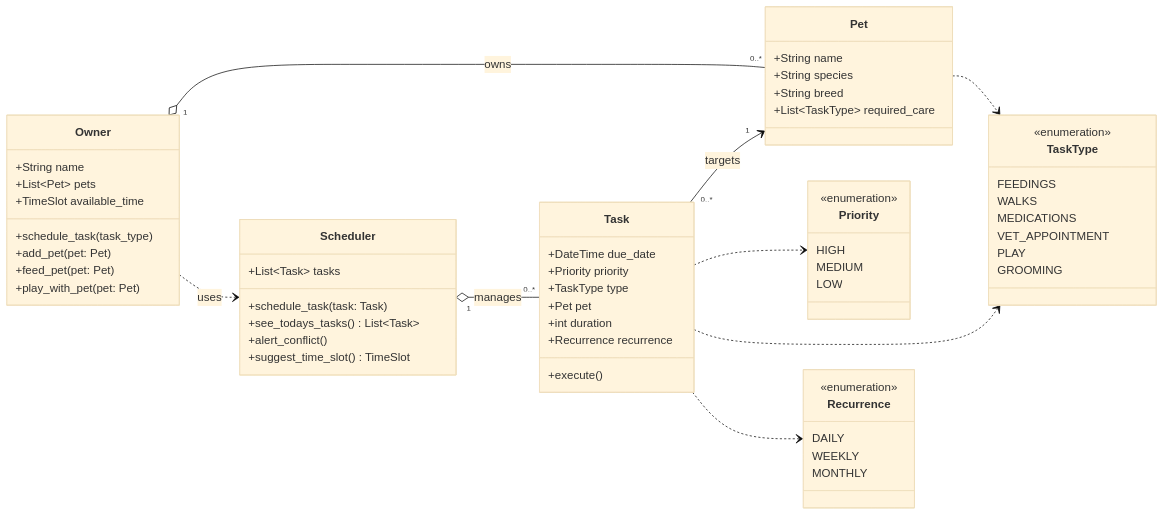
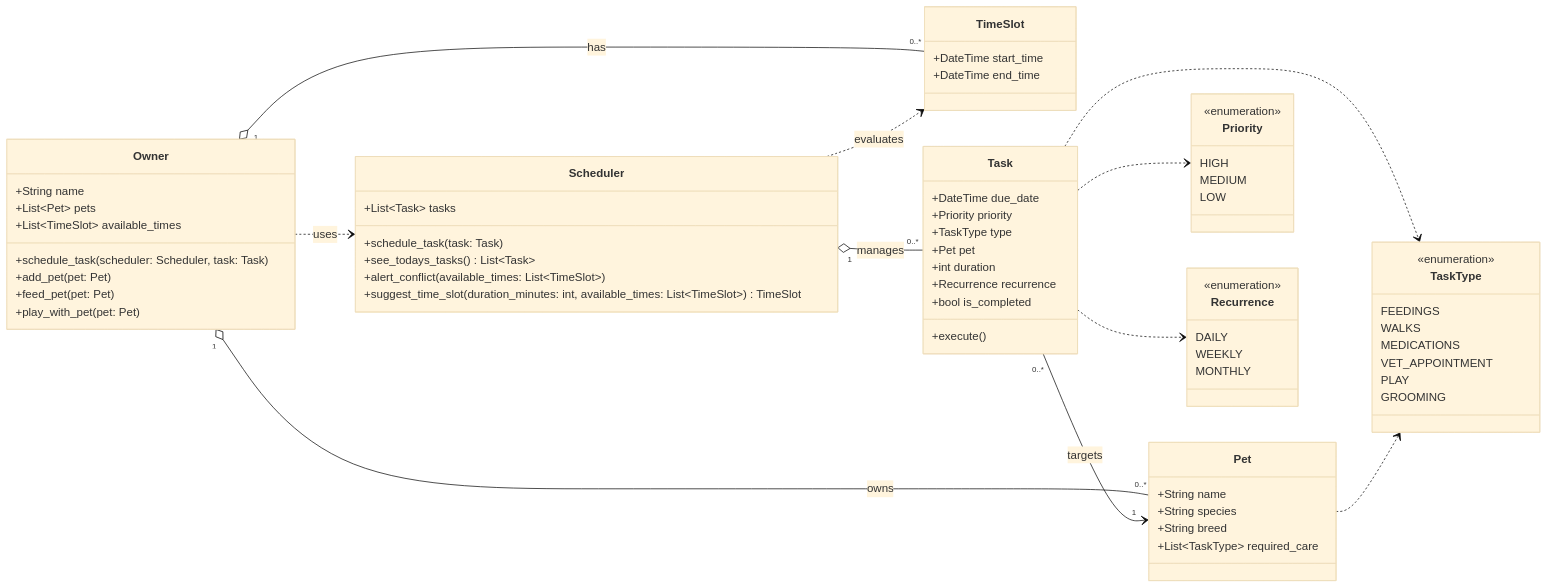
One commit to SquidWiggle/ai110-module2show-pawpal-starter changed the diagram in diagrams/uml.mmd. Above: the diagram before and after it, drawn with Mermaid (base theme). The commit also changed 2 other files, not shown here.

````diff
--- a/diagrams/uml.mmd
+++ b/diagrams/uml.mmd
@@ -1,71 +1,78 @@
 classDiagram
     direction LR
+
+    class TimeSlot {
+        +DateTime start_time
+        +DateTime end_time
+    }
 
     class Owner {
         +String name
         +List~Pet~ pets
-        +TimeSlot available_time
-        +schedule_task(task_type)
+        +List~TimeSlot~ available_times
+        +schedule_task(scheduler: Scheduler, task: Task)
         +add_pet(pet: Pet)
         +feed_pet(pet: Pet)
         +play_with_pet(pet: Pet)
     }
 
     class Pet {
         +String name
         +String species
         +String breed
         +List~TaskType~ required_care
     }
 
     class Task {
         +DateTime due_date
         +Priority priority
         +TaskType type
         +Pet pet
         +int duration
         +Recurrence recurrence
+        +bool is_completed
         +execute()
     }
 
     class Scheduler {
         +List~Task~ tasks
         +schedule_task(task: Task)
         +see_todays_tasks() List~Task~
-        +alert_conflict()
-        +suggest_time_slot() TimeSlot
+        +alert_conflict(available_times: List~TimeSlot~)
+        +suggest_time_slot(duration_minutes: int, available_times: List~TimeSlot~) TimeSlot
     }
 
     class Priority {
         <<enumeration>>
         HIGH
         MEDIUM
         LOW
     }
 
     class TaskType {
         <<enumeration>>
         FEEDINGS
         WALKS
         MEDICATIONS
         VET_APPOINTMENT
         PLAY
         GROOMING
     }
 
     class Recurrence {
         <<enumeration>>
         DAILY
         WEEKLY
         MONTHLY
     }
 
     Owner "1" o-- "0..*" Pet : owns
+    Owner "1" o-- "0..*" TimeSlot : has
     Owner ..> Scheduler : uses
     Scheduler "1" o-- "0..*" Task : manages
+    Scheduler ..> TimeSlot : evaluates
     Task "0..*" --> "1" Pet : targets
     Task ..> Priority
     Task ..> TaskType
     Task ..> Recurrence
     Pet ..> TaskType
-```
````
